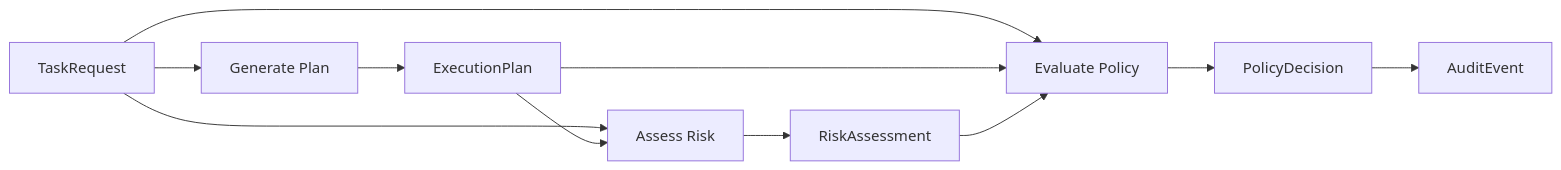
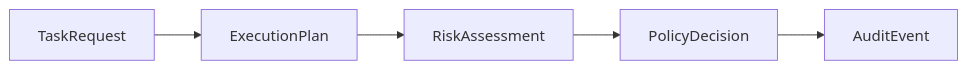
The fourth of 4 diagrams in README.md (Ahasva/agent-control-core), drawn with Mermaid before and after one commit. The commit also changed other lines of this file, not shown here.

````diff
--- a/README.md
+++ b/README.md
@@ -257,16 +245,7 @@
 ```mermaid
 flowchart LR
-    TR[TaskRequest] --> GP[Generate Plan]
-    GP --> EP[ExecutionPlan]
-
-    TR --> AR[Assess Risk]
-    EP --> AR
-    AR --> RA[RiskAssessment]
-
-    TR --> EV[Evaluate Policy]
-    EP --> EV
-    RA --> EV
-    EV --> PD[PolicyDecision]
-
+    TR[TaskRequest] --> EP[ExecutionPlan]
+    EP --> RA[RiskAssessment]
+    RA --> PD[PolicyDecision]
     PD --> AU[AuditEvent]
 ```
````
